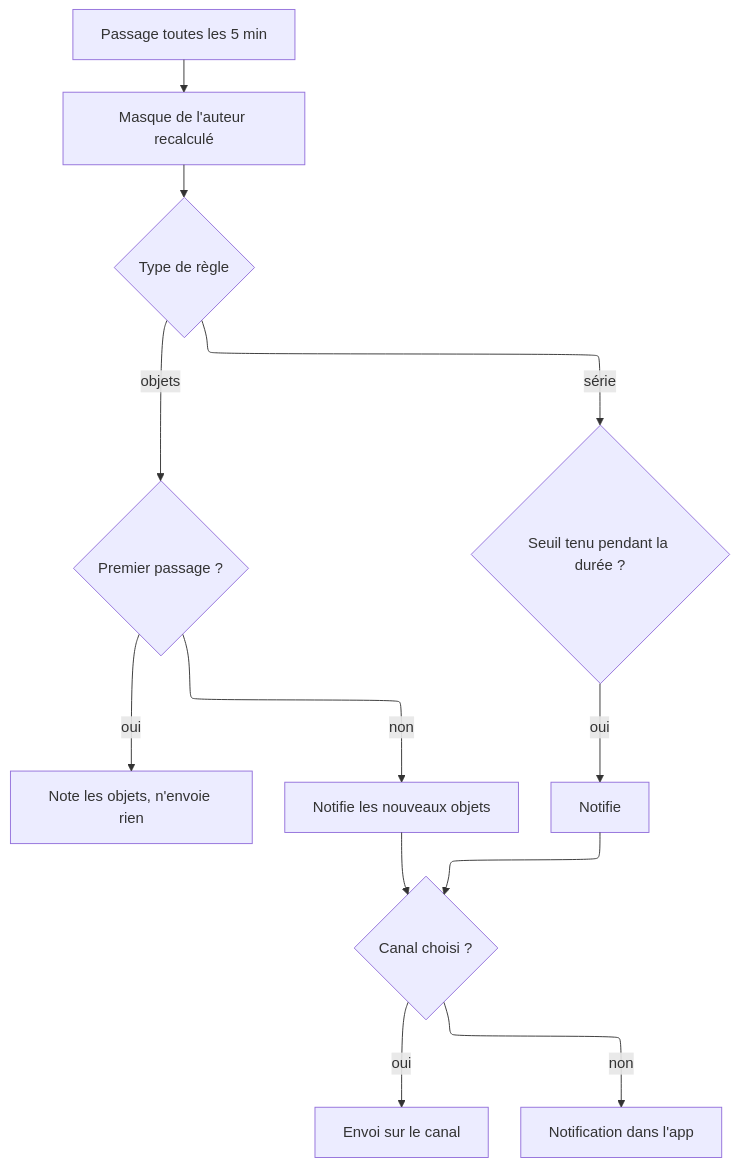
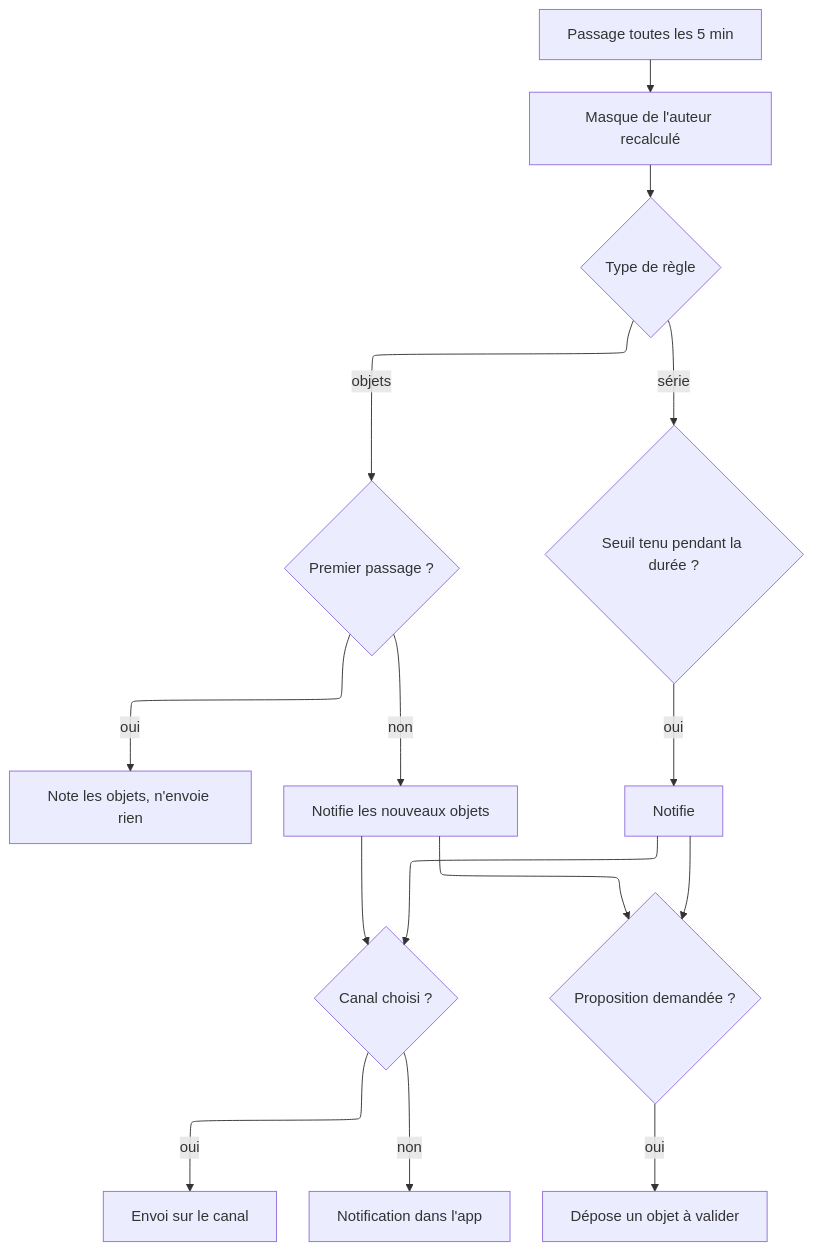
Before and after one commit to Pnex/pnex-rs: the fourth of 5 diagrams in docs/architecture/analysis.md, drawn with Mermaid. The commit also changed other lines of this file and 15 other files, not shown here.

````diff
--- a/docs/architecture/analysis.md
+++ b/docs/architecture/analysis.md
@@ -84,18 +88,21 @@
 ```mermaid
 ---
 config:
   layout: elk
 ---
 flowchart TD
   P[Passage toutes les 5 min] --> M[Masque de l'auteur recalculé]
   M --> K{Type de règle}
   K -- objets --> F{Premier passage ?}
   F -- oui --> N[Note les objets, n'envoie rien]
   F -- non --> O[Notifie les nouveaux objets]
   K -- série --> S{Seuil tenu pendant la durée ?}
   S -- oui --> T[Notifie]
   O --> C{Canal choisi ?}
   T --> C
   C -- oui --> CH[Envoi sur le canal]
   C -- non --> APP[Notification dans l'app]
+  O --> PR{Proposition demandée ?}
+  T --> PR
+  PR -- oui --> PP[Dépose un objet à valider]
 ```
````
